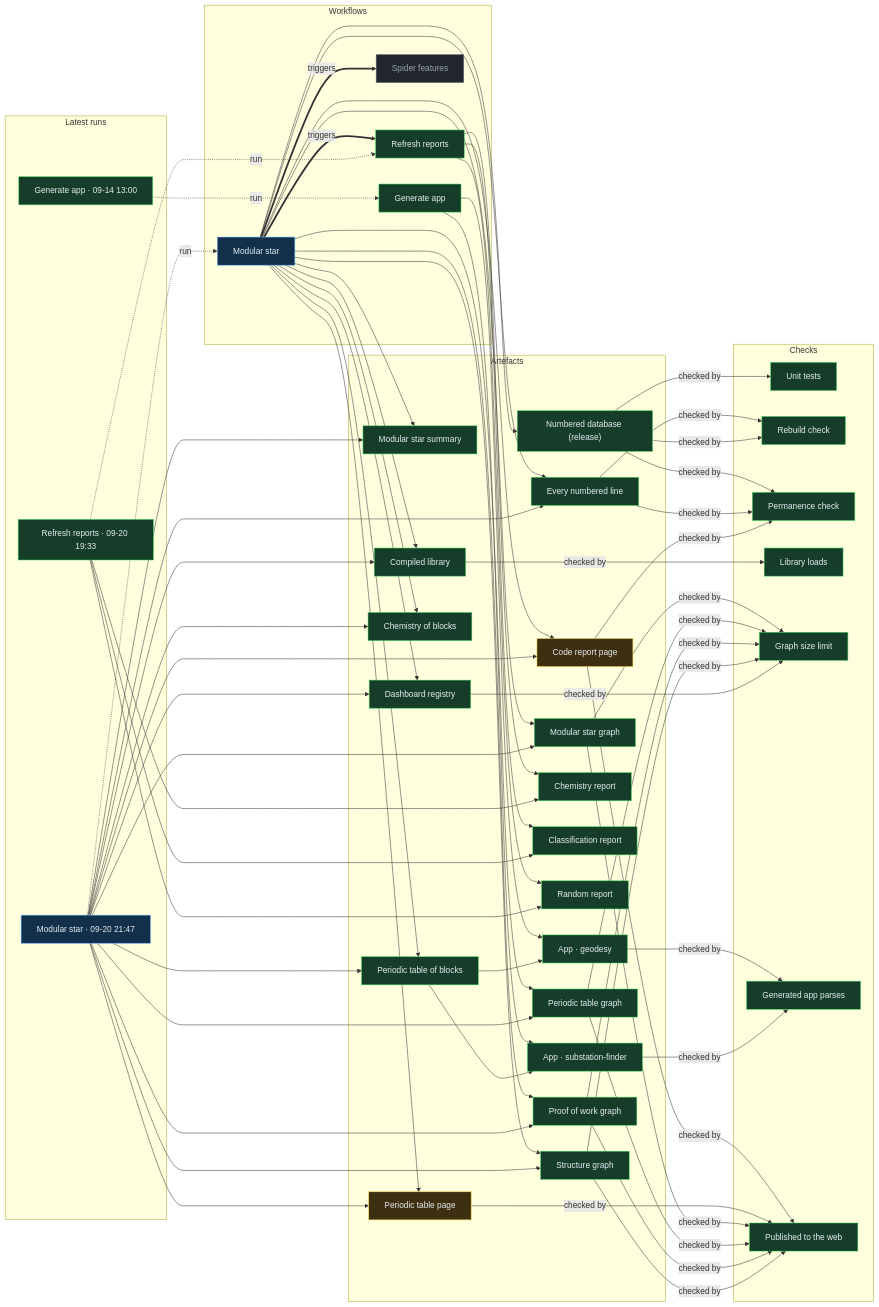
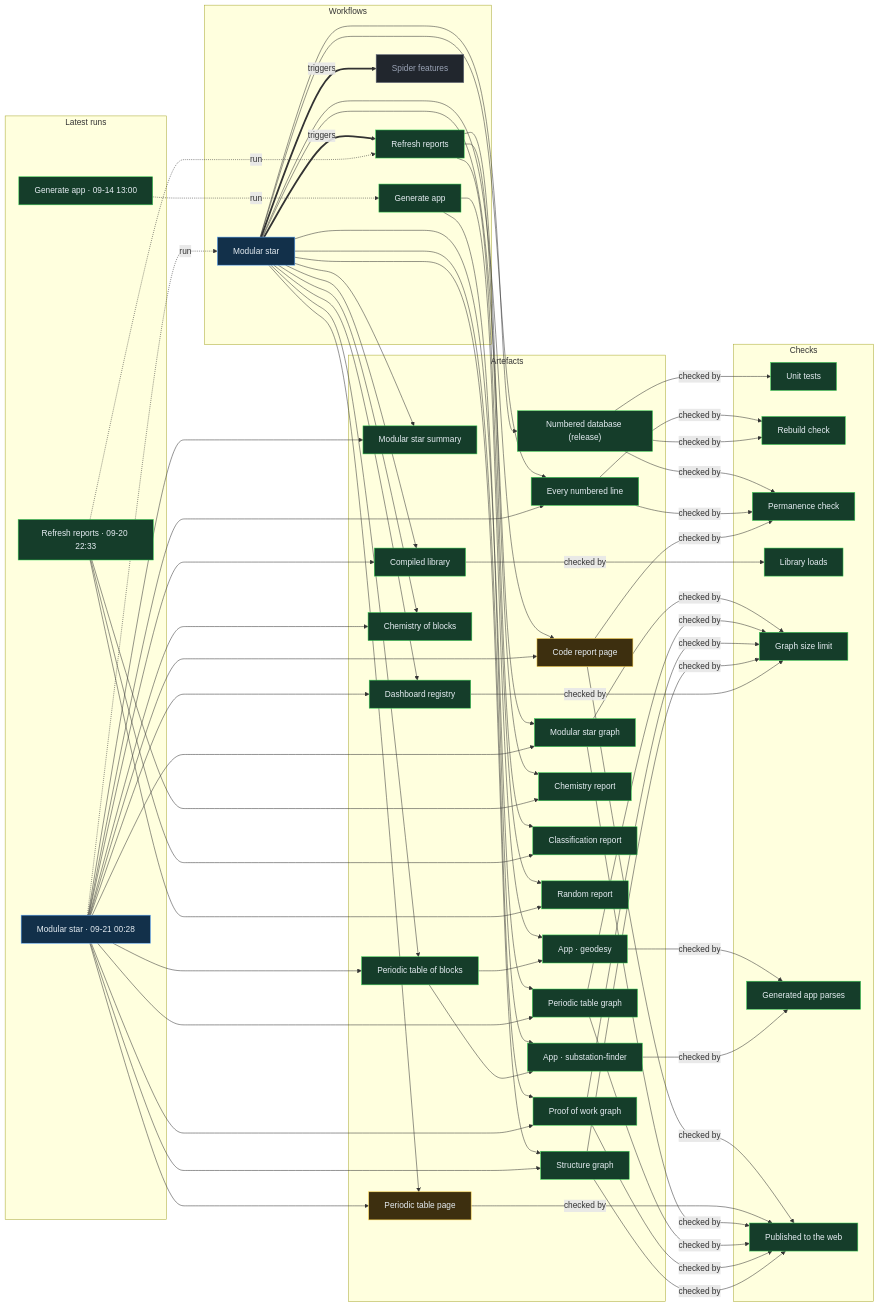
Before and after one commit to Ventusltd/stars: the diagram in proof/PROOF.md, drawn with Mermaid. The commit also changed other lines of this file and 123 other files, not shown here.

Commit message:
Modular star 2026-09-21T00:29Z

```diff
--- a/proof/PROOF.md
+++ b/proof/PROOF.md
@@ -24,8 +24,8 @@
   n_wf_spider_features["Spider features"]:::off
   end
   subgraph g_runs["Latest runs"]
-  n_run_35539745934["Modular star · 09-20 21:47"]:::live
-  n_run_35532696355["Refresh reports · 09-20 19:33"]:::ok
+  n_run_35547790471["Modular star · 09-21 00:28"]:::live
+  n_run_35542057467["Refresh reports · 09-20 22:33"]:::ok
   n_run_34846587798["Generate app · 09-14 13:00"]:::ok
   end
   subgraph g_artefacts["Artefacts"]
@@ -59,39 +59,39 @@
   end
   n_wf_modular_star == triggers ==> n_wf_refresh
   n_wf_modular_star == triggers ==> n_wf_spider_features
-  n_run_35539745934 -. run .-> n_wf_modular_star
-  n_run_35532696355 -. run .-> n_wf_refresh
+  n_run_35547790471 -. run .-> n_wf_modular_star
+  n_run_35542057467 -. run .-> n_wf_refresh
   n_run_34846587798 -. run .-> n_wf_generate
   n_wf_modular_star --> n_art_summary
-  n_run_35539745934 --> n_art_summary
+  n_run_35547790471 --> n_art_summary
   n_wf_modular_star --> n_art_lines
-  n_run_35539745934 --> n_art_lines
+  n_run_35547790471 --> n_art_lines
   n_wf_modular_star --> n_art_code
-  n_run_35539745934 --> n_art_code
+  n_run_35547790471 --> n_art_code
   n_wf_modular_star --> n_art_modular_graph
-  n_run_35539745934 --> n_art_modular_graph
+  n_run_35547790471 --> n_art_modular_graph
   n_wf_modular_star --> n_art_blocks
-  n_run_35539745934 --> n_art_blocks
+  n_run_35547790471 --> n_art_blocks
   n_wf_modular_star --> n_art_table
-  n_run_35539745934 --> n_art_table
+  n_run_35547790471 --> n_art_table
   n_wf_modular_star --> n_art_blocks_graph
-  n_run_35539745934 --> n_art_blocks_graph
+  n_run_35547790471 --> n_art_blocks_graph
   n_wf_modular_star --> n_art_reactions
-  n_run_35539745934 --> n_art_reactions
+  n_run_35547790471 --> n_art_reactions
   n_wf_modular_star --> n_art_library
-  n_run_35539745934 --> n_art_library
+  n_run_35547790471 --> n_art_library
   n_wf_modular_star --> n_art_features
-  n_run_35539745934 --> n_art_features
+  n_run_35547790471 --> n_art_features
   n_wf_modular_star --> n_art_proof
-  n_run_35539745934 --> n_art_proof
+  n_run_35547790471 --> n_art_proof
   n_wf_modular_star --> n_art_structure
-  n_run_35539745934 --> n_art_structure
+  n_run_35547790471 --> n_art_structure
   n_wf_refresh --> n_art_chemistry
-  n_run_35532696355 --> n_art_chemistry
+  n_run_35542057467 --> n_art_chemistry
   n_wf_refresh --> n_art_vedic
-  n_run_35532696355 --> n_art_vedic
+  n_run_35542057467 --> n_art_vedic
   n_wf_refresh --> n_art_random
-  n_run_35532696355 --> n_art_random
+  n_run_35542057467 --> n_art_random
   n_wf_modular_star --> n_art_release
   n_wf_generate --> n_app_geodesy
   n_art_blocks --> n_app_geodesy
```
